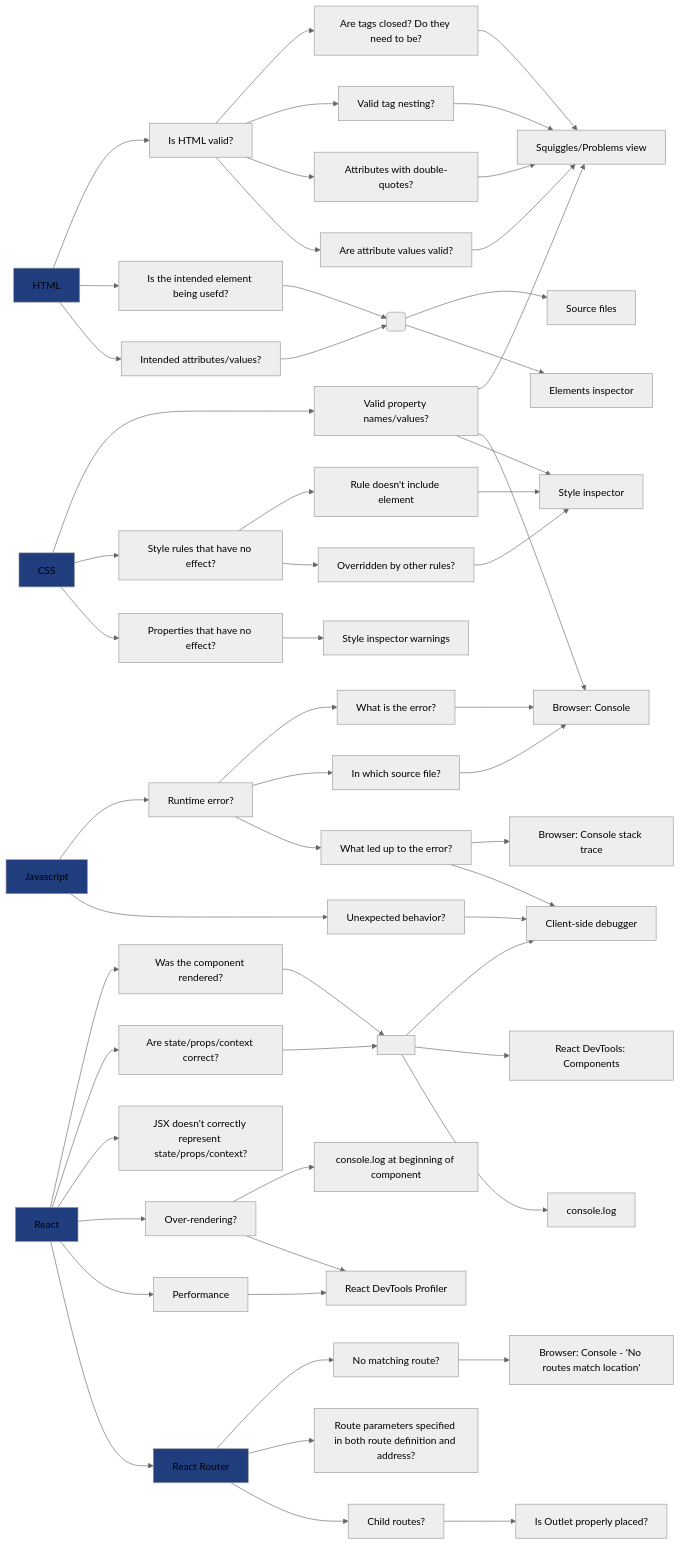
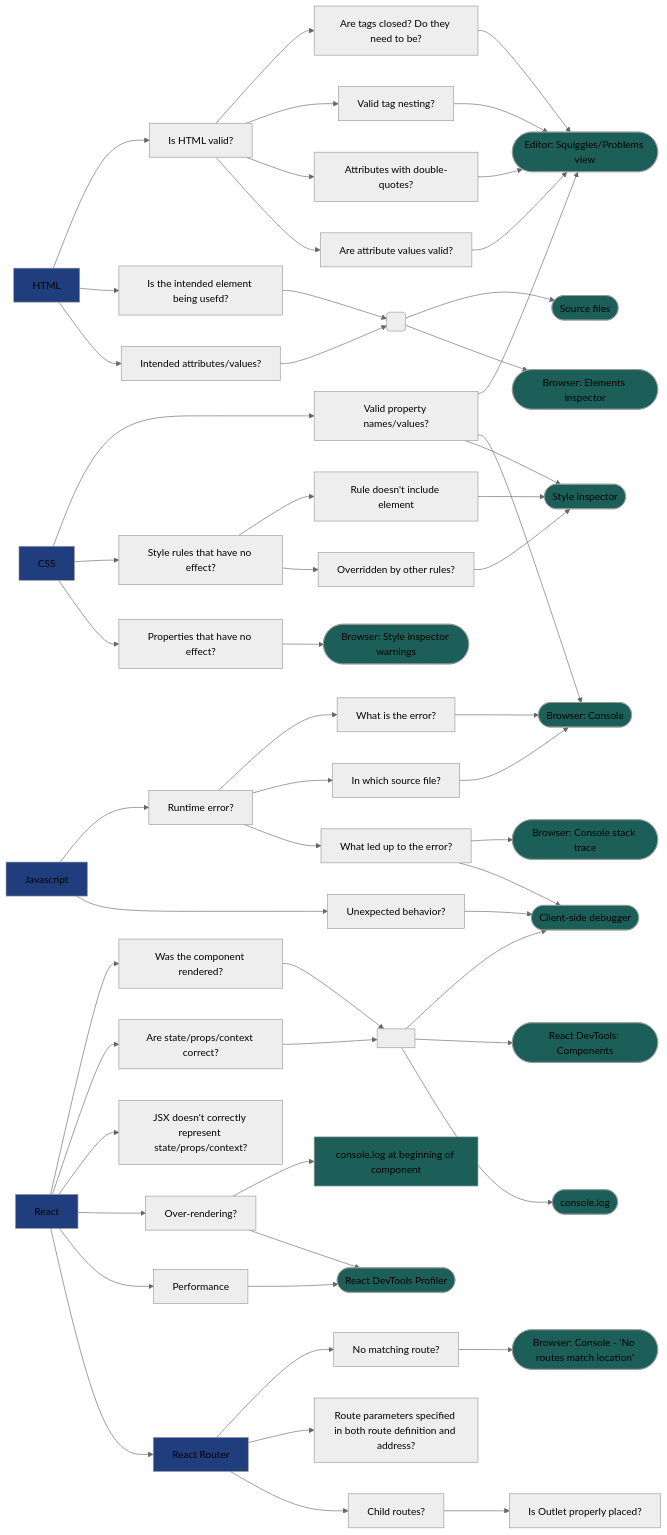
The second of 5 diagrams in README.md (zspitz/debuggingProcess), drawn with Mermaid (neutral theme) before and after one commit. The commit also changed other lines of this file, not shown here.

Commit message:
Style tools differently

````diff
--- a/README.md
+++ b/README.md
@@ -21,42 +23,57 @@
 ```mermaid
 graph LR
 N019[HTML] & N020[CSS] & N021[Javascript] & N022[React]
 
-N019 --> N023[Is HTML valid?] --> N024[Are tags closed? Do they need to be?] & N025[Valid tag nesting?] & N026[Attributes with double-quotes?] & N027[Are attribute values valid?] --> N028[Squiggles/Problems view]
+N019 --> N023[Is HTML valid?] --> N024[Are tags closed? Do they need to be?] & N025[Valid tag nesting?] & N026[Attributes with double-quotes?] & N027[Are attribute values valid?] --> N028([Editor: Squiggles/Problems view])
 
-N019 --> N029[Is the intended element being usefd?] & N030[Intended attributes/values?] --> N031( ) --> N032[Source files] & N033[Elements inspector]
+N019 --> N029[Is the intended element being usefd?] & N030[Intended attributes/values?] --> N031( ) --> N032([Source files]) & N033([Browser: Elements inspector])
 
 N020 --> N034[Valid property names/values?] --> N028
 
-N034 --> N037[Browser: Console] & N038[Style inspector]
+N034 --> N037([Browser: Console]) & N038([Style inspector])
 
 N020 --> N039[Style rules that have no effect?] --> N040[Rule doesn't include element] & N041[Overridden by other rules?] --> N038
 
-N020 --> N043[Properties that have no effect?] --> N044[Style inspector warnings]
+N020 --> N043[Properties that have no effect?] --> N044([Browser: Style inspector warnings])
 
 N021 --> N045[Runtime error?] --> N046[What is the error?] & N047[In which source file?] --> N037
 
-N045 --> N049[What led up to the error?] --> N051[Browser: Console stack trace] & N050[Client-side debugger]
+N045 --> N049[What led up to the error?] --> N051([Browser: Console stack trace]) & N050([Client-side debugger])
 
 N021 --> N053[Unexpected behavior?] --> N050
 
-N022 --> N056[Was the component rendered?] & N057[Are state/props/context correct?] --> N058[ ] --> N050 & N060[React DevTools: Components] & N061[console.log]
+N022 --> N056[Was the component rendered?] & N057[Are state/props/context correct?] --> N058[ ] --> N050 & N060([React DevTools: Components]) & N061([console.log])
 
 N022 --> N062[JSX doesn't correctly represent state/props/context?]
 
-N022 --> N063[Over-rendering?] --> N064[console.log at beginning of component] & N065[React DevTools Profiler]
+N022 --> N063[Over-rendering?] --> N064[console.log at beginning of component] & N065([React DevTools Profiler])
 
 N022 --> N066[Performance] --> N065
 
-N022 --> N068[React Router] --> N069[No matching route?] --> N070[Browser: Console - 'No routes match location']
+N022 --> N068[React Router] --> N069[No matching route?] --> N070([Browser: Console - 'No routes match location'])
 
 N068 --> N071[Route parameters specified in both route definition and address?]
 
 N068 --> N072[Child routes?] --> N073[Is Outlet properly placed?]
 
 style N019 fill:#203d7e
 style N020 fill:#203d7e
 style N021 fill:#203d7e
 style N022 fill:#203d7e
 style N068 fill:#203d7e
+
+style N028 fill:#1b5f58
+style N032 fill:#1b5f58
+style N033 fill:#1b5f58
+style N037 fill:#1b5f58
+style N038 fill:#1b5f58
+style N044 fill:#1b5f58
+style N050 fill:#1b5f58
+style N051 fill:#1b5f58
+style N060 fill:#1b5f58
+style N061 fill:#1b5f58
+style N064 fill:#1b5f58
+style N065 fill:#1b5f58
+style N070 fill:#1b5f58
+
 ```
````
